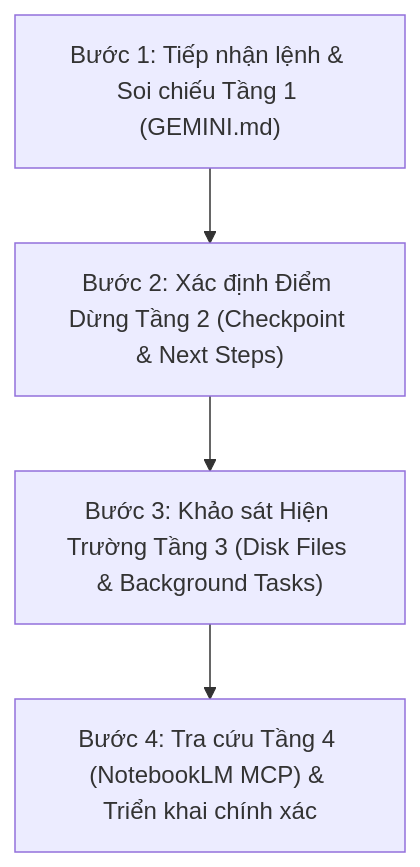
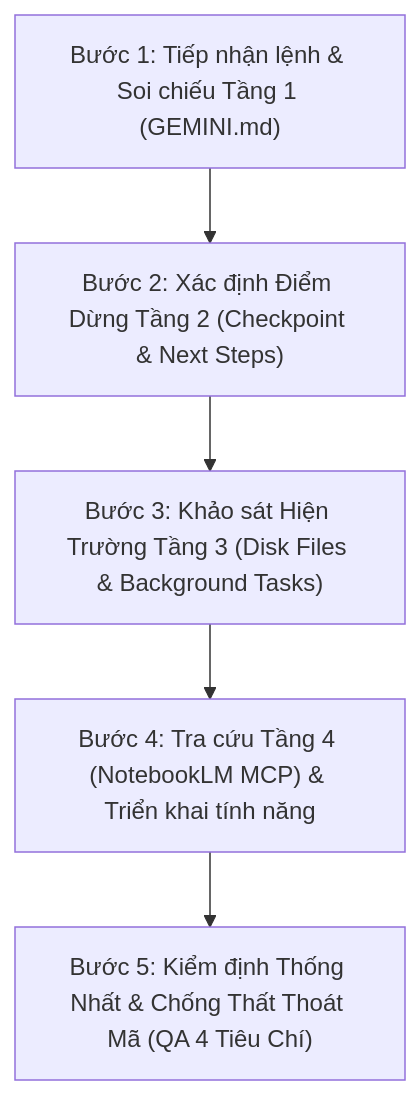
One commit to thaytiensy/art-ai changed the diagram in .agents/skills/art-ai-memory-framework/SKILL.md. Above: the diagram before and after it, drawn with Mermaid. The commit also changed other lines of this file and 4 other files, not shown here.

````diff
--- a/.agents/skills/art-ai-memory-framework/SKILL.md
+++ b/.agents/skills/art-ai-memory-framework/SKILL.md
@@ -59,6 +59,7 @@
 ```mermaid
 flowchart TD
     A["Bước 1: Tiếp nhận lệnh & Soi chiếu Tầng 1 (GEMINI.md)"] --> B["Bước 2: Xác định Điểm Dừng Tầng 2 (Checkpoint & Next Steps)"]
     B --> C["Bước 3: Khảo sát Hiện Trường Tầng 3 (Disk Files & Background Tasks)"]
-    C --> D["Bước 4: Tra cứu Tầng 4 (NotebookLM MCP) & Triển khai chính xác"]
+    C --> D["Bước 4: Tra cứu Tầng 4 (NotebookLM MCP) & Triển khai tính năng"]
+    D --> E["Bước 5: Kiểm định Thống Nhất & Chống Thất Thoát Mã (QA 4 Tiêu Chí)"]
 ```
````
